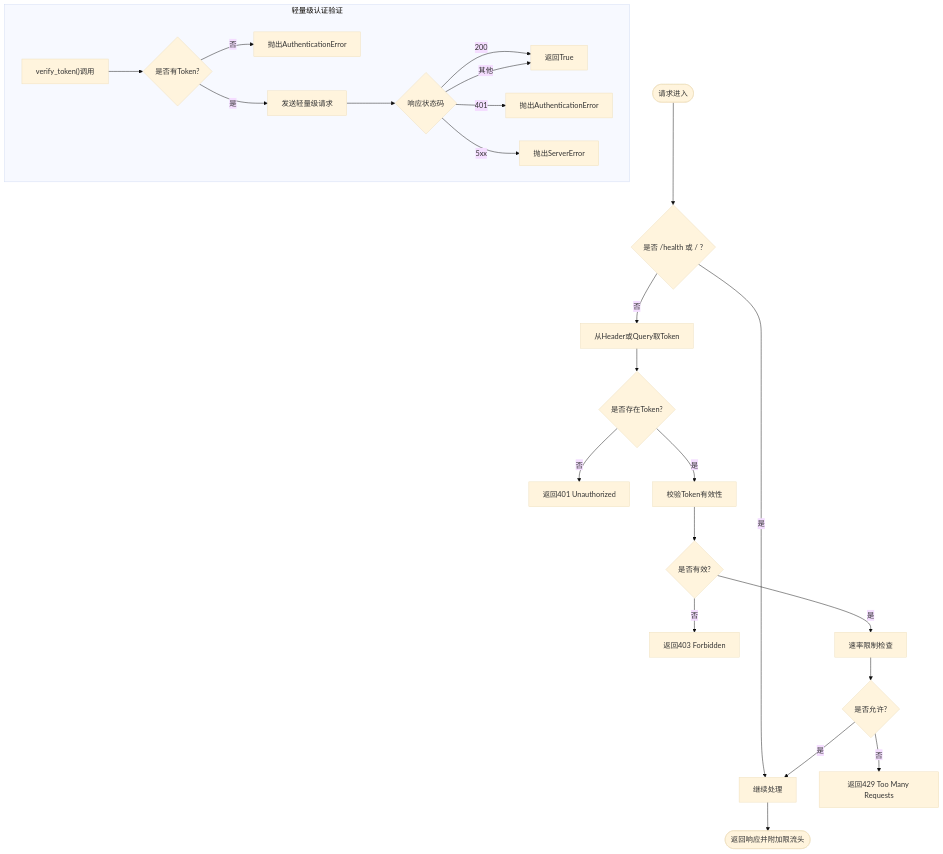
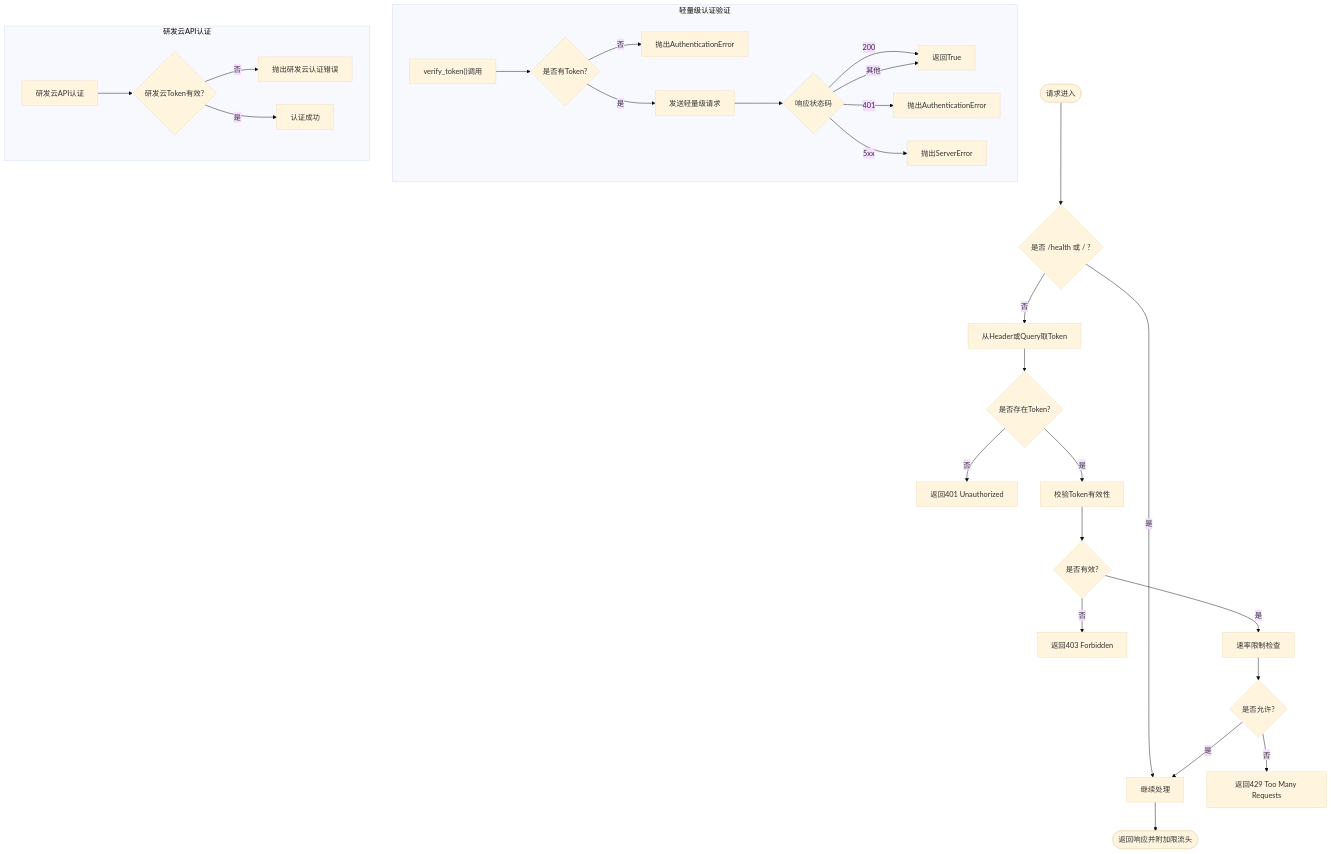
One commit to boyingliu01/fault-review-analyzer changed the third of 4 diagrams in .qoder/repowiki/zh/content/API接口文档/API概览.md. Above: the diagram before and after it, drawn with Mermaid (base theme). The commit also changed other lines of this file and 125 other files, not shown here.

````diff
--- a/.qoder/repowiki/zh/content/API接口文档/API概览.md
+++ b/.qoder/repowiki/zh/content/API接口文档/API概览.md
@@ -182,26 +192,31 @@
 ```mermaid
 flowchart TD
 Start(["请求进入"]) --> Skip{"是否 /health 或 / ?"}
 Skip --> |是| Next["继续处理"]
 Skip --> |否| GetToken["从Header或Query取Token"]
 GetToken --> HasToken{"是否存在Token?"}
 HasToken --> |否| R401["返回401 Unauthorized"]
 HasToken --> |是| Validate["校验Token有效性"]
 Validate --> Valid{"是否有效?"}
 Valid --> |否| R403["返回403 Forbidden"]
 Valid --> |是| RateCheck["速率限制检查"]
 RateCheck --> Allowed{"是否允许?"}
 Allowed --> |否| R429["返回429 Too Many Requests"]
 Allowed --> |是| Next
 Next --> End(["返回响应并附加限流头"])
 subgraph "轻量级认证验证"
 VerifyStart["verify_token()调用"] --> CheckToken{"是否有Token?"}
 CheckToken --> |否| AuthError["抛出AuthenticationError"]
 CheckToken --> |是| MakeRequest["发送轻量级请求"]
 MakeRequest --> Response{"响应状态码"}
 Response --> |200| Success["返回True"]
 Response --> |401| Expired["抛出AuthenticationError"]
 Response --> |5xx| ServerErr["抛出ServerError"]
 Response --> |其他| Success
 end
+subgraph "研发云API认证"
+DevAuth["研发云API认证"] --> CheckDevToken{"研发云Token有效?"}
+CheckDevToken --> |否| DevAuthError["抛出研发云认证错误"]
+CheckDevToken --> |是| DevSuccess["认证成功"]
+end
 ```
````
